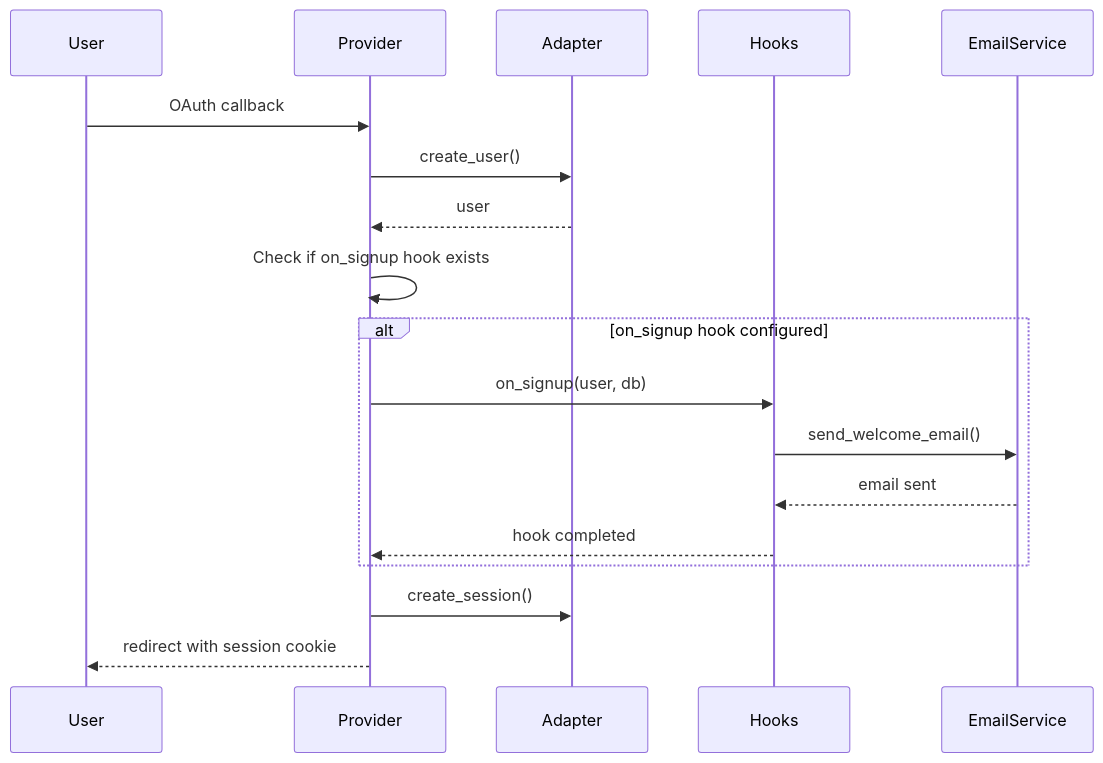
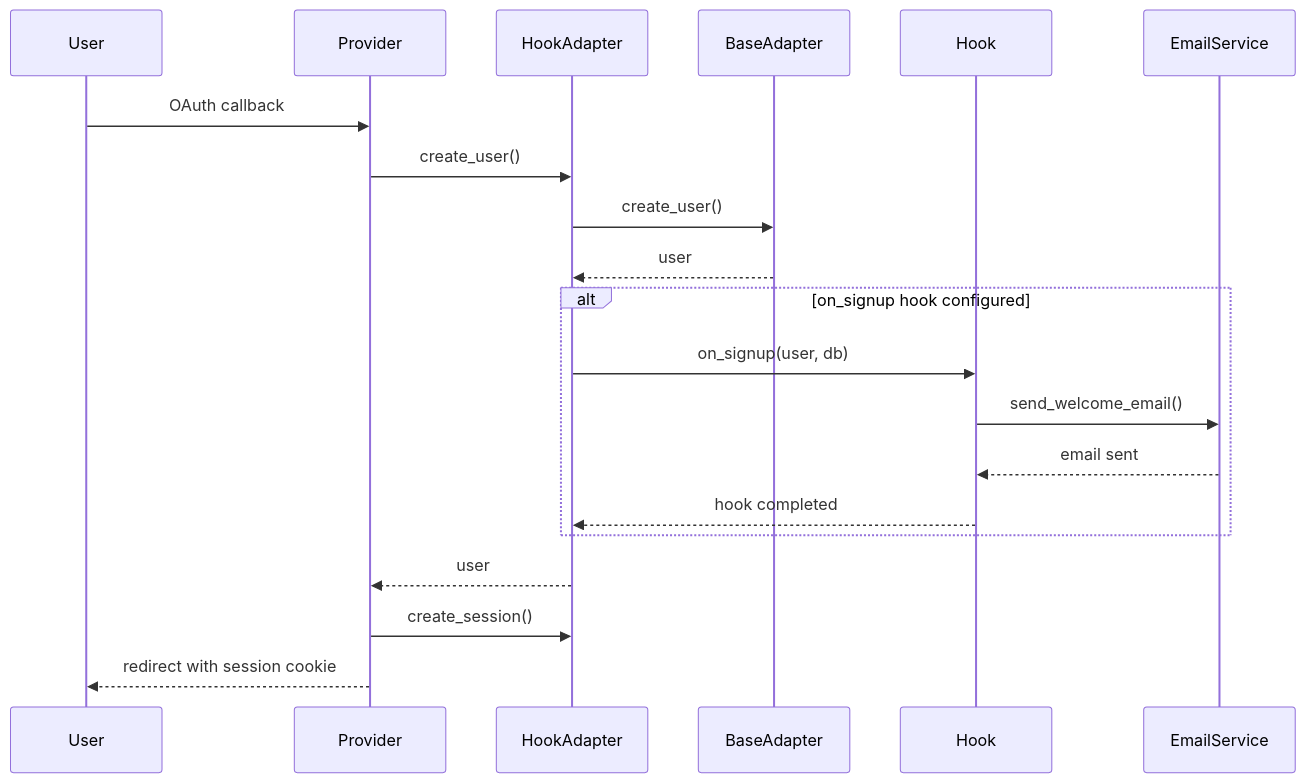
Before and after one commit to mplemay/belgie: the second of 5 diagrams in design/003-auth-event-hooks.md, drawn with Mermaid. The commit also changed other lines of this file, not shown here.

Commit message:
docs: update auth hooks design with adapter wrapper and generic types

````diff
--- a/design/003-auth-event-hooks.md
+++ b/design/003-auth-event-hooks.md
@@ -72,21 +79,23 @@
 ```mermaid
 sequenceDiagram
     participant User
     participant Provider
-    participant Adapter
-    participant Hooks
+    participant HookAdapter
+    participant BaseAdapter
+    participant Hook
     participant EmailService
 
     User->>Provider: OAuth callback
-    Provider->>Adapter: create_user()
-    Adapter-->>Provider: user
-    Provider->>Provider: Check if on_signup hook exists
+    Provider->>HookAdapter: create_user()
+    HookAdapter->>BaseAdapter: create_user()
+    BaseAdapter-->>HookAdapter: user
     alt on_signup hook configured
-        Provider->>Hooks: on_signup(user, db)
-        Hooks->>EmailService: send_welcome_email()
-        EmailService-->>Hooks: email sent
-        Hooks-->>Provider: hook completed
+        HookAdapter->>Hook: on_signup(user, db)
+        Hook->>EmailService: send_welcome_email()
+        EmailService-->>Hook: email sent
+        Hook-->>HookAdapter: hook completed
     end
-    Provider->>Adapter: create_session()
+    HookAdapter-->>Provider: user
+    Provider->>HookAdapter: create_session()
     Provider-->>User: redirect with session cookie
 ```
````
